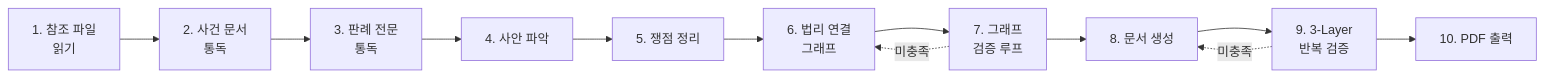
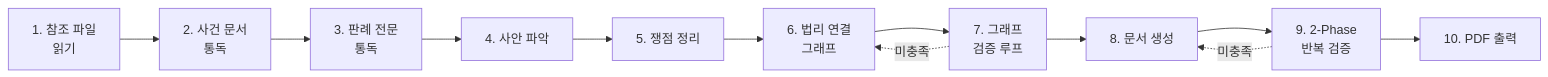
Before and after one commit to MegasKomnenos/legal-harness: the diagram in README.md, drawn with Mermaid. The commit also changed other lines of this file and 13 other files, not shown here.

````diff
--- a/README.md
+++ b/README.md
@@ -13,14 +13,14 @@
 ```mermaid
 flowchart LR
     A["1. 참조 파일\n읽기"] --> B["2. 사건 문서\n통독"]
     B --> C["3. 판례 전문\n통독"]
     C --> D["4. 사안 파악"]
     D --> E["5. 쟁점 정리"]
     E --> F["6. 법리 연결\n그래프"]
     F --> G["7. 그래프\n검증 루프"]
     G --> H["8. 문서 생성"]
-    H --> I["9. 3-Layer\n반복 검증"]
+    H --> I["9. 2-Phase\n반복 검증"]
     I --> J["10. PDF 출력"]
     I -.->|미충족| H
     G -.->|미충족| F
 ```
````
